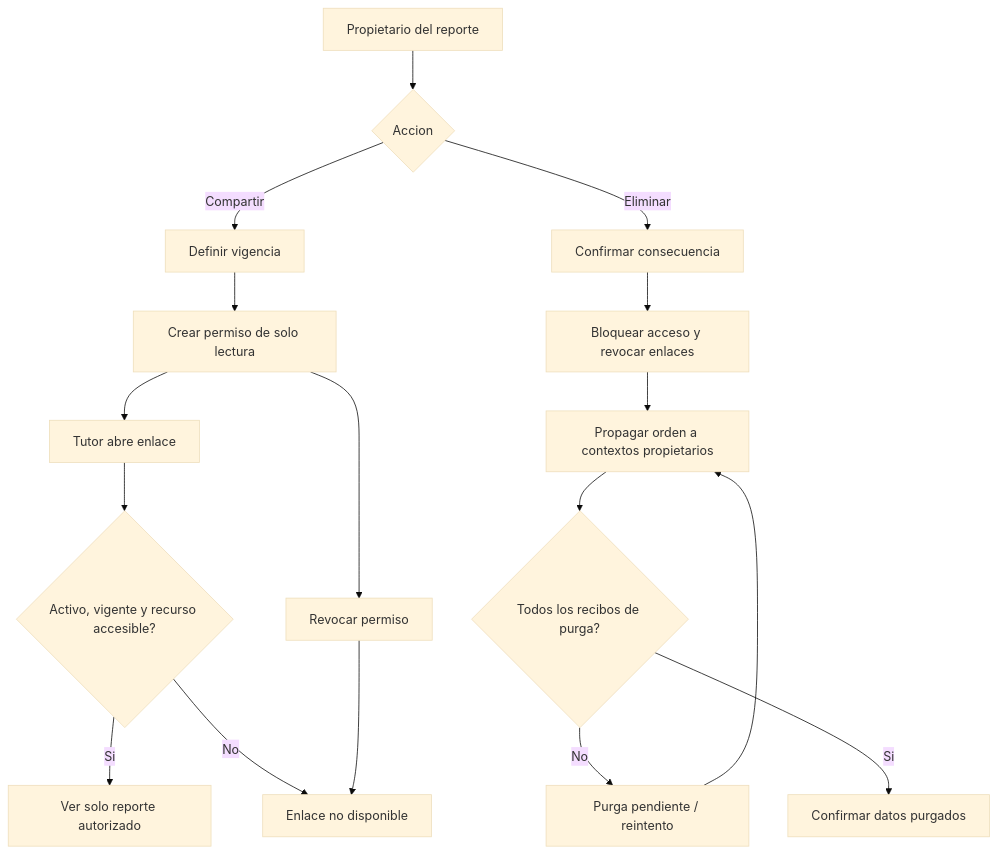
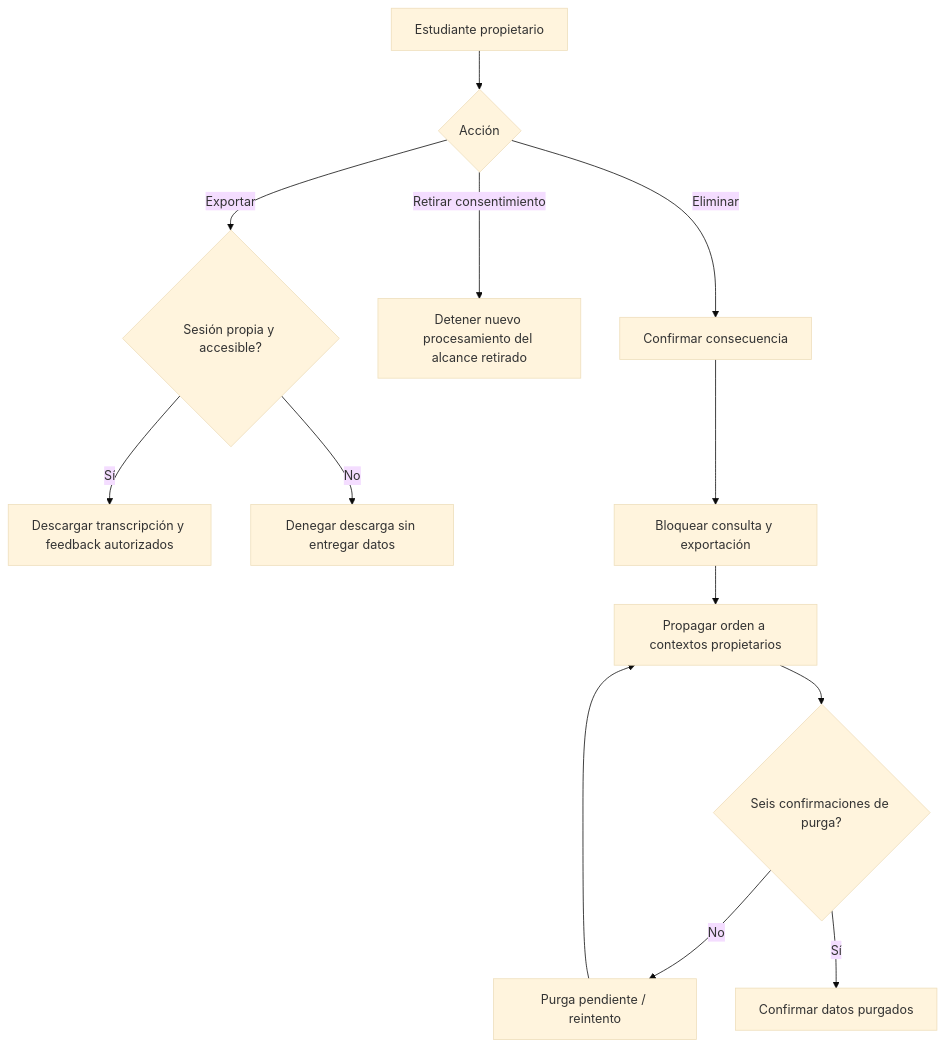
Before and after one commit to upc-pre-202620-si728-16365-thropic/talki-project-report: the diagram in assets/diagrams/ux/privacy-flow.mmd, drawn with Mermaid (base theme). The commit also changed 72 other files, not shown here.

```diff
--- a/assets/diagrams/ux/privacy-flow.mmd
+++ b/assets/diagrams/ux/privacy-flow.mmd
@@ -1,17 +1,13 @@
 flowchart TD
-  owner["Propietario del reporte"] --> action{"Accion"}
-  action -- Compartir --> expiration["Definir vigencia"]
-  expiration --> grant["Crear permiso de solo lectura"]
-  grant --> tutor["Tutor abre enlace"]
-  tutor --> check{"Activo, vigente y recurso accesible?"}
-  check -- Si --> view["Ver solo reporte autorizado"]
-  check -- No --> unavailable["Enlace no disponible"]
-  grant --> revoke["Revocar permiso"]
-  revoke --> unavailable
+  owner["Estudiante propietario"] --> action{"Acción"}
+  action -- Exportar --> check{"Sesión propia y accesible?"}
+  check -- Sí --> file["Descargar transcripción y feedback autorizados"]
+  check -- No --> deny["Denegar descarga sin entregar datos"]
+  action -- "Retirar consentimiento" --> withdraw["Detener nuevo procesamiento del alcance retirado"]
   action -- Eliminar --> confirm["Confirmar consecuencia"]
-  confirm --> tombstone["Bloquear acceso y revocar enlaces"]
+  confirm --> tombstone["Bloquear consulta y exportación"]
   tombstone --> purge["Propagar orden a contextos propietarios"]
-  purge --> receipts{"Todos los recibos de purga?"}
+  purge --> receipts{"Seis confirmaciones de purga?"}
   receipts -- No --> pending["Purga pendiente / reintento"]
   pending --> purge
-  receipts -- Si --> done["Confirmar datos purgados"]
+  receipts -- Sí --> done["Confirmar datos purgados"]
```
